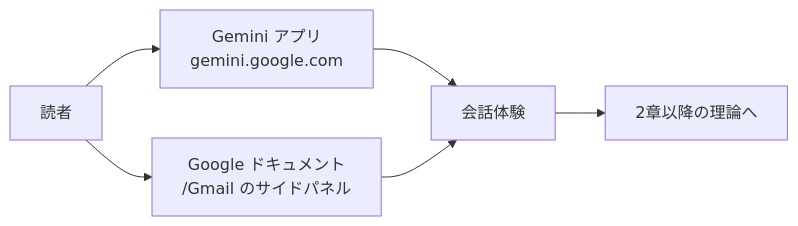
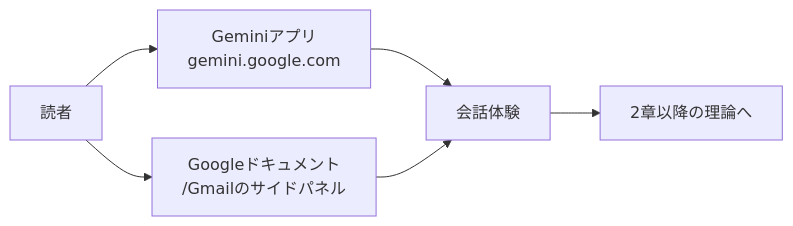
One commit to ma2saka/docs-claude-sample changed the diagram in docs/1-gemini-in-workspace.md. Above: the diagram before and after it, drawn with Mermaid. The commit also changed other lines of this file and 1 other file, not shown here.

````diff
--- a/docs/1-gemini-in-workspace.md
+++ b/docs/1-gemini-in-workspace.md
@@ -37,8 +37,8 @@
 ```mermaid
 flowchart LR
-    A[読者] --> B[Gemini アプリ<br/>gemini.google.com]
-    A --> C[Google ドキュメント<br/>/Gmail のサイドパネル]
+    A[読者] --> B[Geminiアプリ<br/>gemini.google.com]
+    A --> C[Googleドキュメント<br/>/Gmailのサイドパネル]
     B --> D[会話体験]
     C --> D
     D --> E[2章以降の理論へ]
 ```
````
